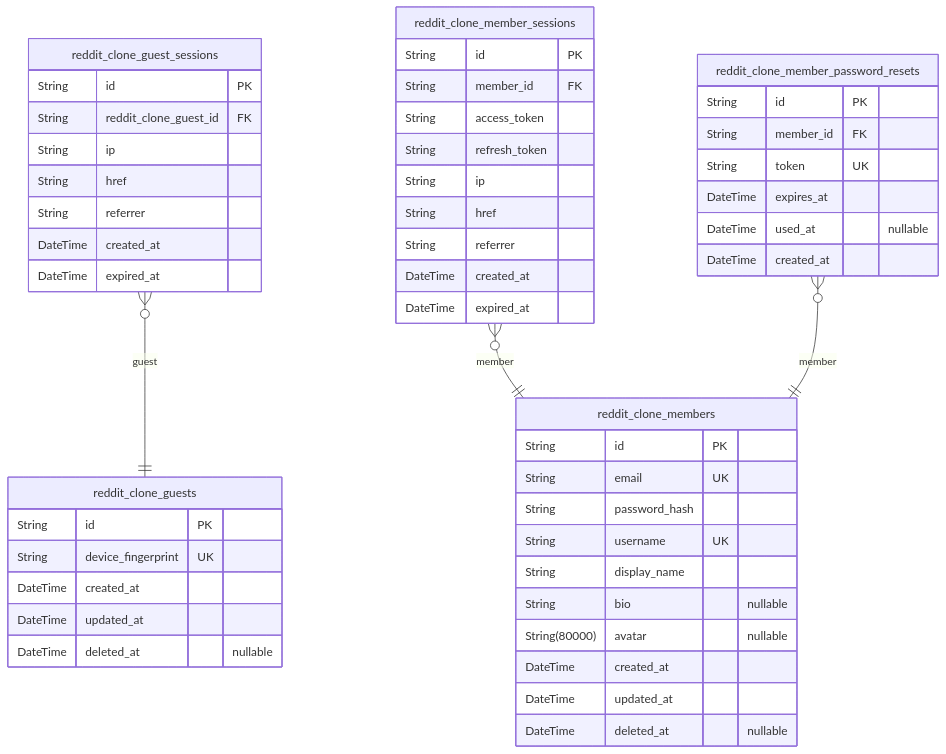
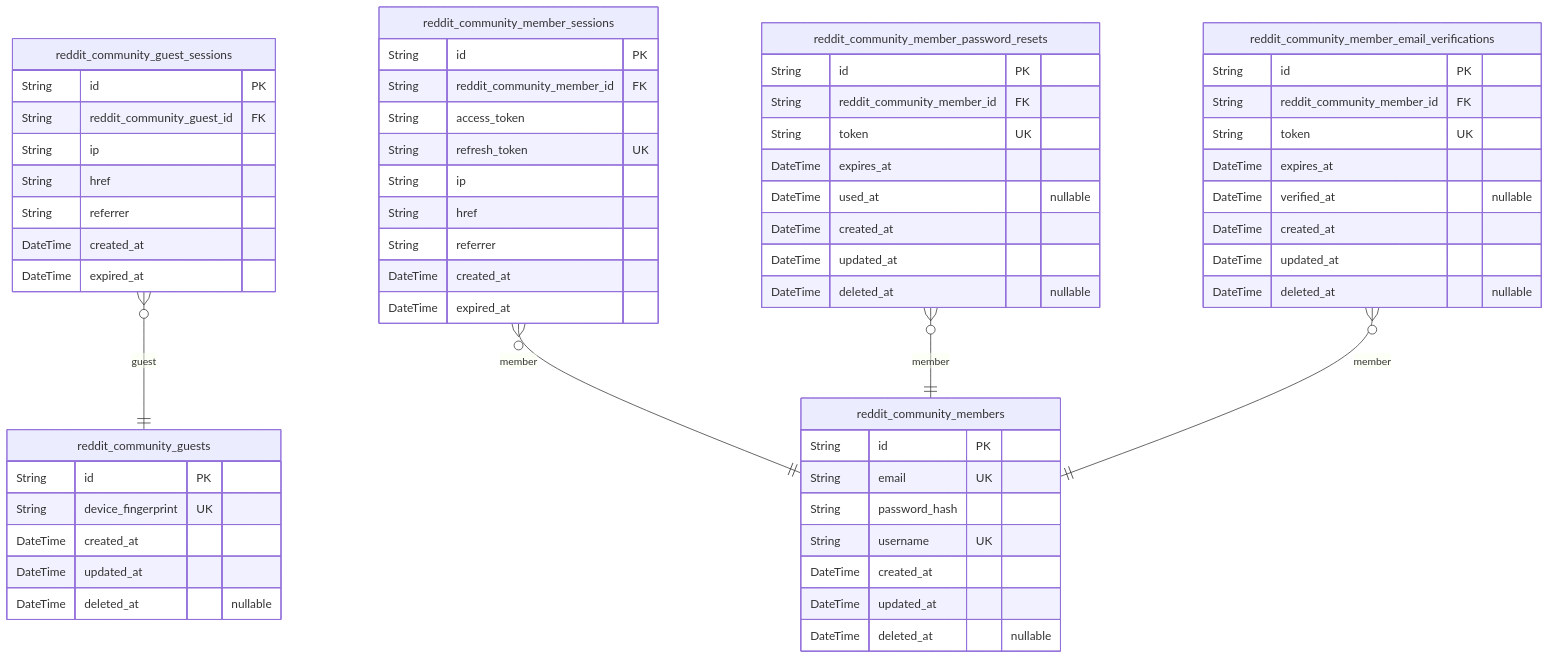
The first of 6 diagrams in qwen/qwen3.5-397b-a17b/reddit/docs/ERD.md (wrtnlabs/autobe-examples), drawn with Mermaid before and after one commit. The commit also changed other lines of this file and 9017 other files, not shown here.

````diff
--- a/qwen/qwen3.5-397b-a17b/reddit/docs/ERD.md
+++ b/qwen/qwen3.5-397b-a17b/reddit/docs/ERD.md
@@ -18,53 +14,63 @@
 ```mermaid
 erDiagram
-"reddit_clone_guests" {
+"reddit_community_guests" {
   String id PK
   String device_fingerprint UK
   DateTime created_at
   DateTime updated_at
   DateTime deleted_at "nullable"
 }
-"reddit_clone_guest_sessions" {
+"reddit_community_guest_sessions" {
   String id PK
-  String reddit_clone_guest_id FK
+  String reddit_community_guest_id FK
   String ip
   String href
   String referrer
   DateTime created_at
   DateTime expired_at
 }
-"reddit_clone_members" {
+"reddit_community_members" {
   String id PK
   String email UK
   String password_hash
   String username UK
-  String display_name
-  String bio "nullable"
-  String(80000) avatar "nullable"
   DateTime created_at
   DateTime updated_at
   DateTime deleted_at "nullable"
 }
-"reddit_clone_member_sessions" {
+"reddit_community_member_sessions" {
   String id PK
-  String member_id FK
+  String reddit_community_member_id FK
   String access_token
-  String refresh_token
+  String refresh_token UK
   String ip
   String href
   String referrer
   DateTime created_at
   DateTime expired_at
 }
-"reddit_clone_member_password_resets" {
+"reddit_community_member_password_resets" {
   String id PK
-  String member_id FK
+  String reddit_community_member_id FK
   String token UK
   DateTime expires_at
   DateTime used_at "nullable"
   DateTime created_at
+  DateTime updated_at
+  DateTime deleted_at "nullable"
 }
-"reddit_clone_guest_sessions" }o--|| "reddit_clone_guests" : guest
-"reddit_clone_member_sessions" }o--|| "reddit_clone_members" : member
-"reddit_clone_member_password_resets" }o--|| "reddit_clone_members" : member
+"reddit_community_member_email_verifications" {
+  String id PK
+  String reddit_community_member_id FK
+  String token UK
+  DateTime expires_at
+  DateTime verified_at "nullable"
+  DateTime created_at
+  DateTime updated_at
+  DateTime deleted_at "nullable"
+}
+"reddit_community_guest_sessions" }o--|| "reddit_community_guests" : guest
+"reddit_community_member_sessions" }o--|| "reddit_community_members" : member
+"reddit_community_member_password_resets" }o--|| "reddit_community_members" : member
+"reddit_community_member_email_verifications" }o--|| "reddit_community_members" : member
 ```
````
